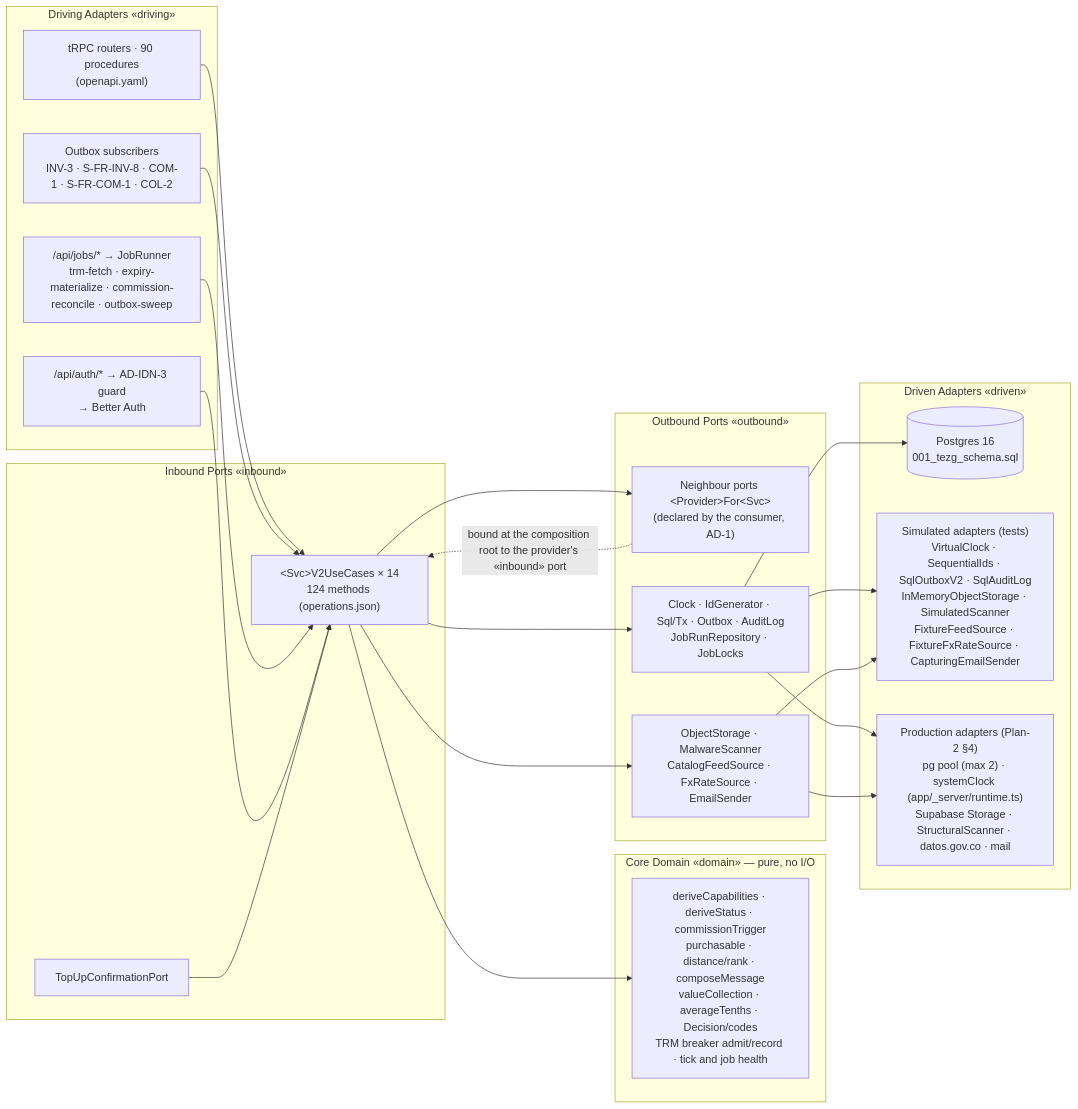
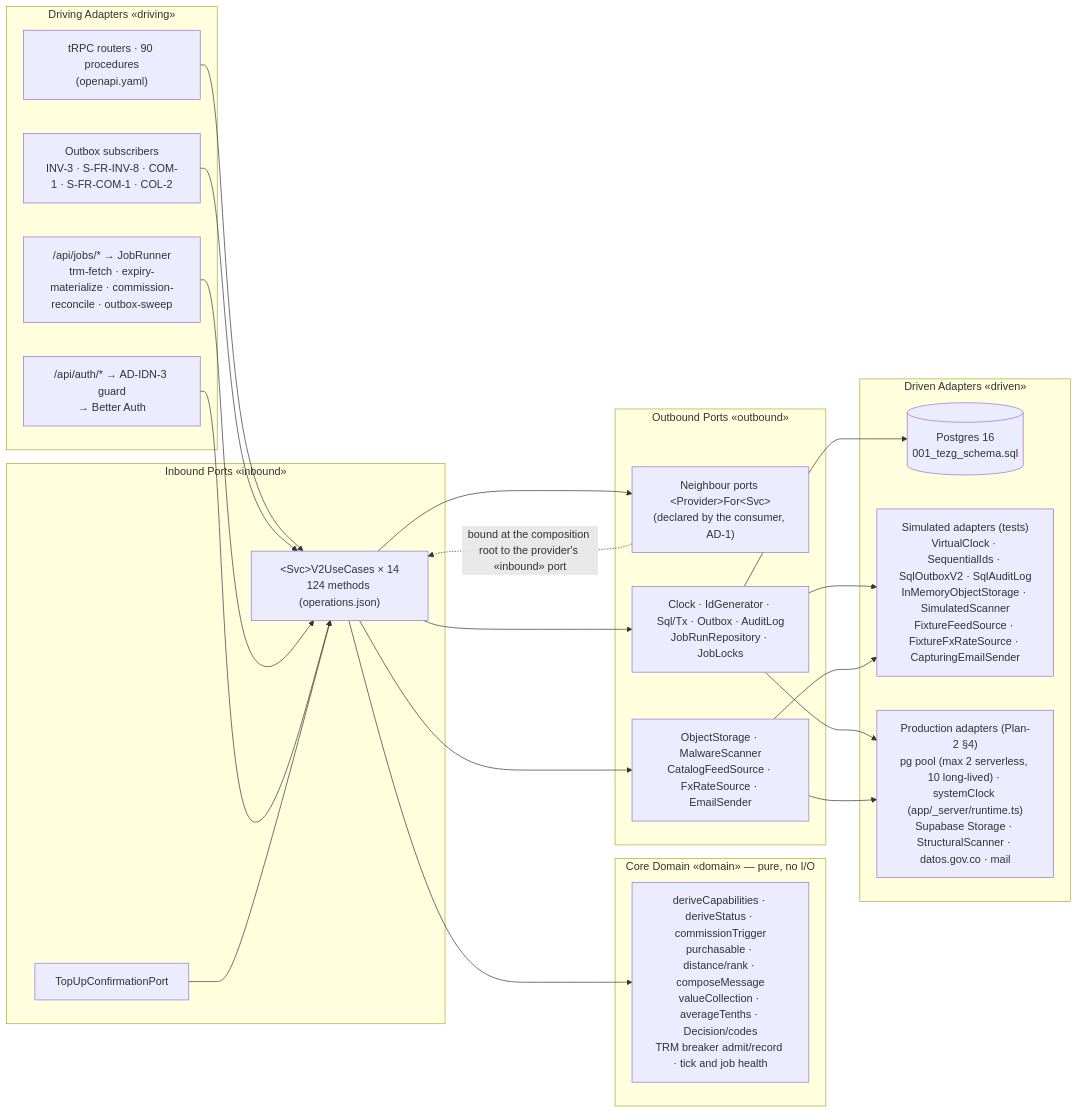
Before and after one commit to Electromayonaise/Pok-mon-TCG-Marketplace-and-Collection-Management: the diagram in _bmad-output/planning-artifacts/detailed-design/ports-and-adapters.md, drawn with Mermaid. The commit also changed other lines of this file and 14 other files, not shown here.

````diff
--- a/_bmad-output/planning-artifacts/detailed-design/ports-and-adapters.md
+++ b/_bmad-output/planning-artifacts/detailed-design/ports-and-adapters.md
@@ -166,41 +166,41 @@
 ```mermaid
 flowchart LR
   subgraph DRV["Driving Adapters «driving»"]
     trpc["tRPC routers · 90 procedures<br/>(openapi.yaml)"]
     subs["Outbox subscribers<br/>INV-3 · S-FR-INV-8 · COM-1 · S-FR-COM-1 · COL-2"]
     jobs["/api/jobs/* → JobRunner<br/>trm-fetch · expiry-materialize · commission-reconcile · outbox-sweep"]
     auth["/api/auth/* → AD-IDN-3 guard<br/>→ Better Auth"]
   end
   subgraph IN["Inbound Ports «inbound»"]
     uc["&lt;Svc&gt;V2UseCases × 14<br/>124 methods (operations.json)"]
     topup["TopUpConfirmationPort"]
   end
   subgraph CORE["Core Domain «domain» — pure, no I/O"]
     pol["deriveCapabilities · deriveStatus · commissionTrigger<br/>purchasable · distance/rank · composeMessage<br/>valueCollection · averageTenths · Decision/codes<br/>TRM breaker admit/record · tick and job health"]
   end
   subgraph OUT["Outbound Ports «outbound»"]
     nb["Neighbour ports &lt;Provider&gt;For&lt;Svc&gt;<br/>(declared by the consumer, AD-1)"]
     sys["Clock · IdGenerator · Sql/Tx · Outbox · AuditLog<br/>JobRunRepository · JobLocks"]
     ext["ObjectStorage · MalwareScanner<br/>CatalogFeedSource · FxRateSource · EmailSender"]
   end
   subgraph DRN["Driven Adapters «driven»"]
     pg[("Postgres 16<br/>001_tezg_schema.sql")]
     sim["Simulated adapters (tests)<br/>VirtualClock · SequentialIds · SqlOutboxV2 · SqlAuditLog<br/>InMemoryObjectStorage · SimulatedScanner<br/>FixtureFeedSource · FixtureFxRateSource · CapturingEmailSender"]
-    prod["Production adapters (Plan-2 §4)<br/>pg pool (max 2) · systemClock (app/_server/runtime.ts)<br/>Supabase Storage · StructuralScanner · datos.gov.co · mail"]
+    prod["Production adapters (Plan-2 §4)<br/>pg pool (max 2 serverless, 10 long-lived) · systemClock (app/_server/runtime.ts)<br/>Supabase Storage · StructuralScanner · datos.gov.co · mail"]
   end
   trpc --> uc
   subs --> uc
   jobs --> uc
   auth --> uc
   topup --> uc
   uc --> pol
   uc --> nb
   uc --> sys
   uc --> ext
   nb -. "bound at the composition root to the provider's «inbound» port" .-> uc
   sys --> pg
   sys --> sim
   ext --> sim
   sys --> prod
   ext --> prod
 ```
````
